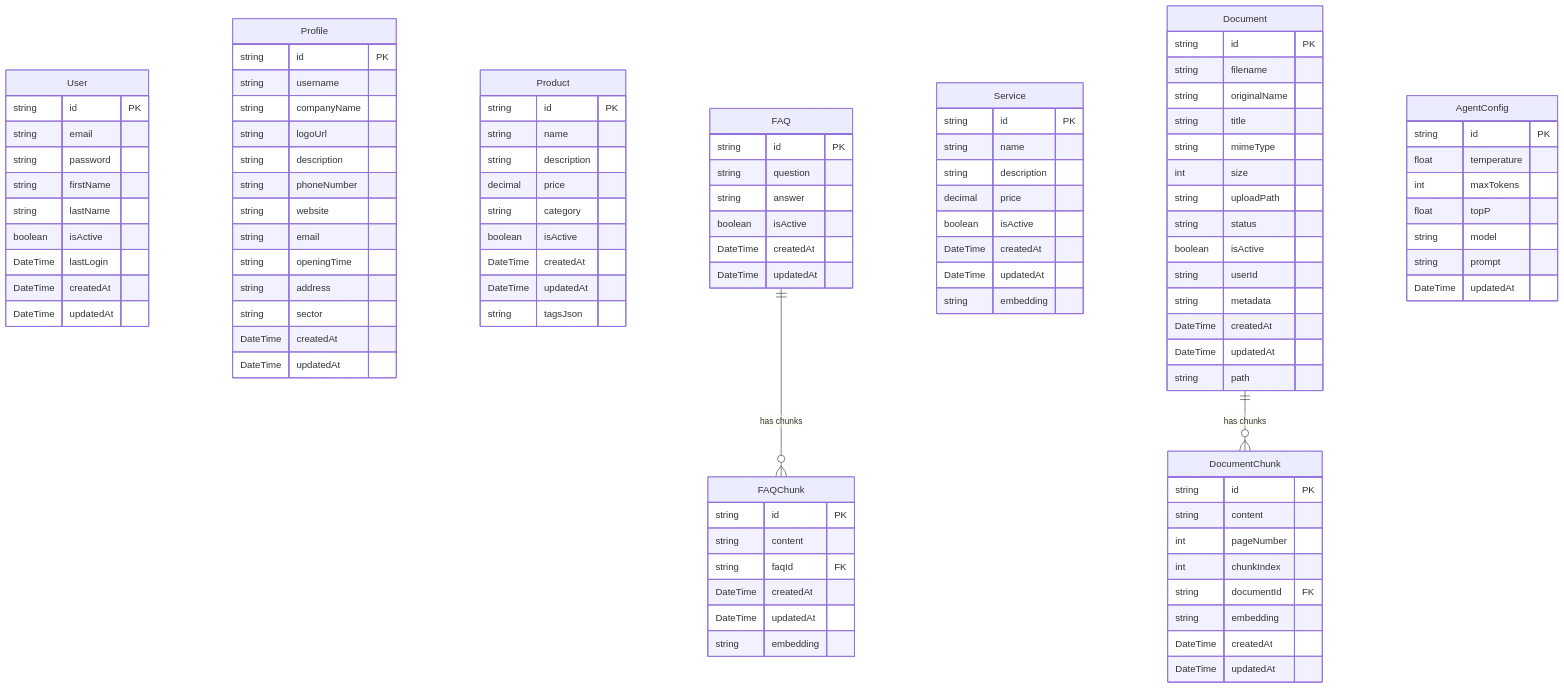
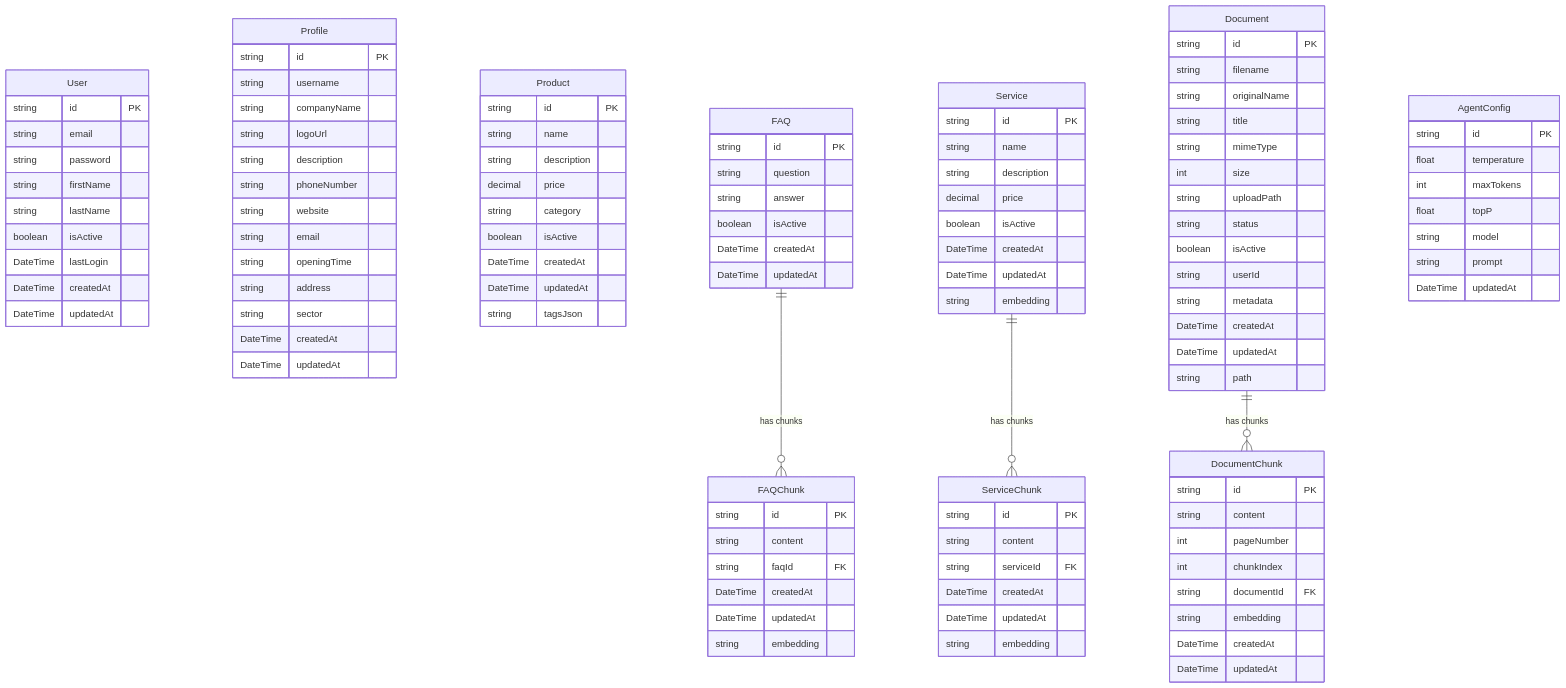
One commit to gelsogrove/AI4Devs-finalproject changed the fifth of 5 diagrams in prompts/02_PRD.md. Above: the diagram before and after it, drawn with Mermaid. The commit also changed other lines of this file and 58 other files, not shown here.

````diff
--- a/prompts/02_PRD.md
+++ b/prompts/02_PRD.md
@@ -578,6 +578,15 @@
         string embedding
     }
     
+    ServiceChunk {
+        string id PK
+        string content
+        string serviceId FK
+        DateTime createdAt
+        DateTime updatedAt
+        string embedding
+    }
+    
     Document {
         string id PK
         string filename
@@ -617,5 +626,6 @@
     }
 
     FAQ ||--o{ FAQChunk : "has chunks"
+    Service ||--o{ ServiceChunk : "has chunks"
     Document ||--o{ DocumentChunk : "has chunks"
 ```
````
